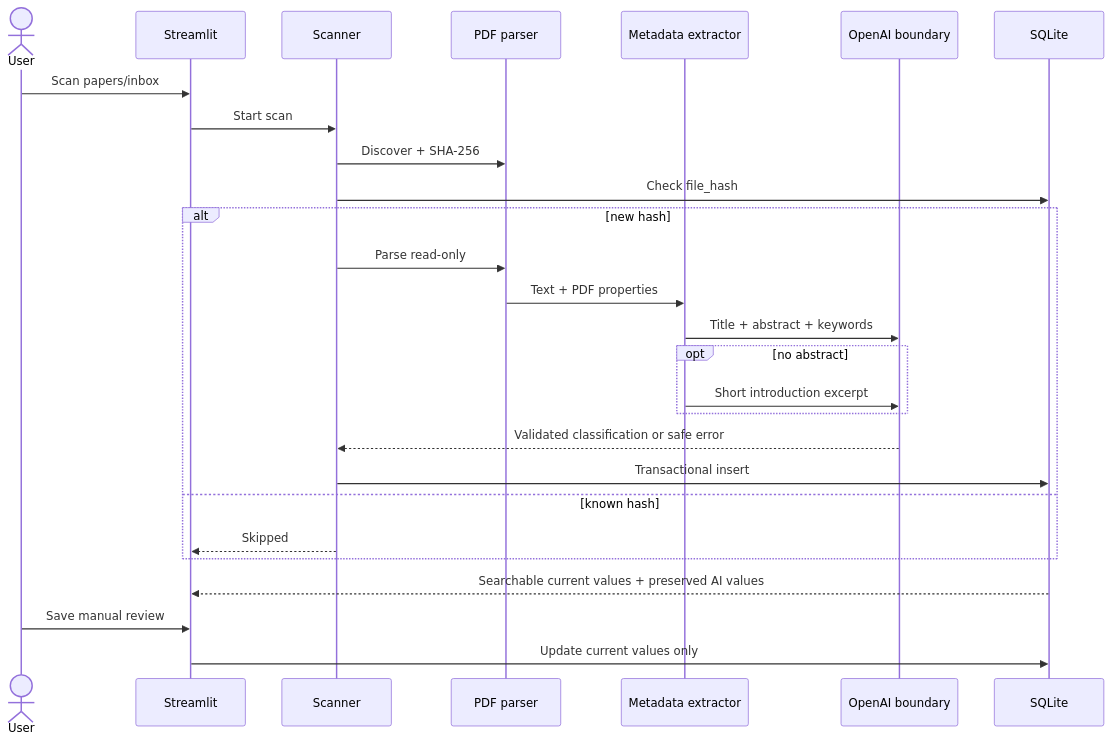
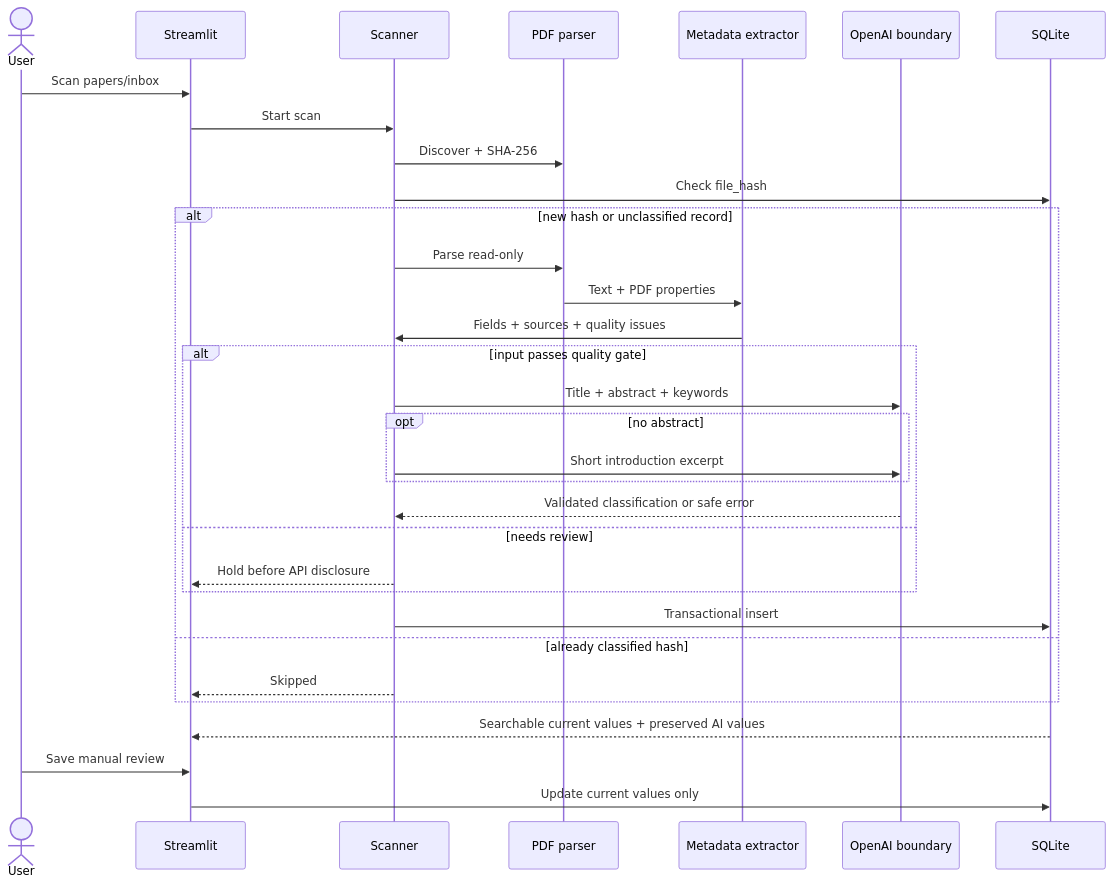
Before and after one commit to ryouta-gidou-sec/SecPaper-Atlas: the diagram in docs/ARCHITECTURE.md, drawn with Mermaid. The commit also changed other lines of this file and 13 other files, not shown here.

````diff
--- a/docs/ARCHITECTURE.md
+++ b/docs/ARCHITECTURE.md
@@ -22,30 +22,35 @@
 ```mermaid
 sequenceDiagram
     actor User
     participant UI as Streamlit
     participant Scan as Scanner
     participant PDF as PDF parser
     participant Meta as Metadata extractor
     participant AI as OpenAI boundary
     participant DB as SQLite
 
     User->>UI: Scan papers/inbox
     UI->>Scan: Start scan
     Scan->>PDF: Discover + SHA-256
     Scan->>DB: Check file_hash
-    alt new hash
+    alt new hash or unclassified record
         Scan->>PDF: Parse read-only
         PDF->>Meta: Text + PDF properties
-        Meta->>AI: Title + abstract + keywords
-        opt no abstract
-            Meta->>AI: Short introduction excerpt
+        Meta->>Scan: Fields + sources + quality issues
+        alt input passes quality gate
+            Scan->>AI: Title + abstract + keywords
+            opt no abstract
+                Scan->>AI: Short introduction excerpt
+            end
+            AI-->>Scan: Validated classification or safe error
+        else needs review
+            Scan-->>UI: Hold before API disclosure
         end
-        AI-->>Scan: Validated classification or safe error
         Scan->>DB: Transactional insert
-    else known hash
+    else already classified hash
         Scan-->>UI: Skipped
     end
     DB-->>UI: Searchable current values + preserved AI values
     User->>UI: Save manual review
     UI->>DB: Update current values only
 ```
````
